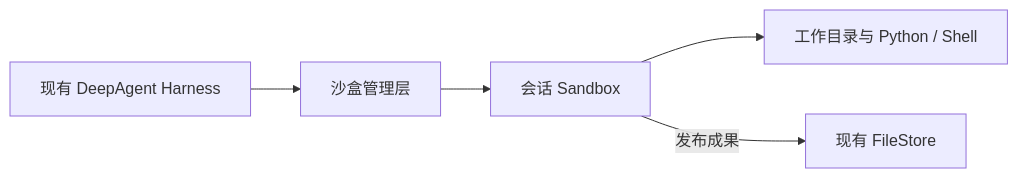
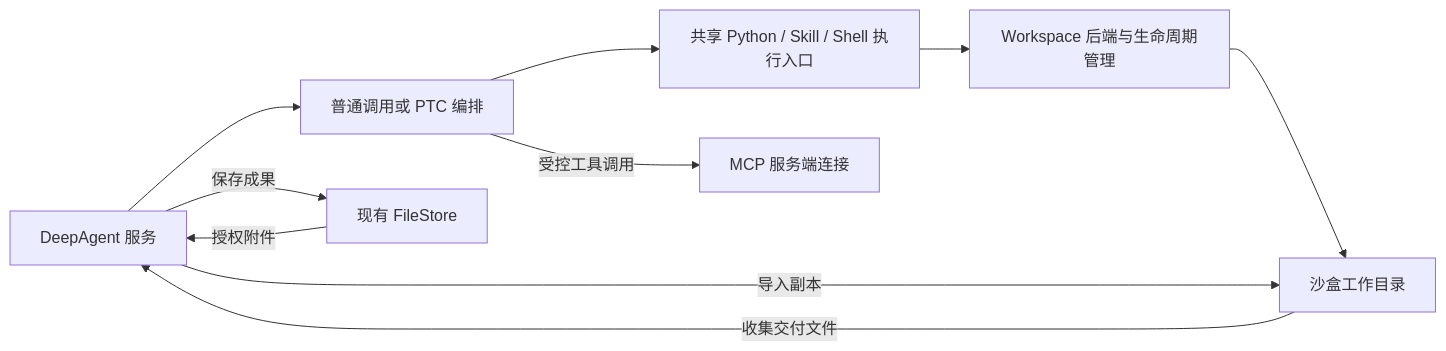
Before and after one commit to hxz1993/deep-agent: the diagram in docs/design/07-python-sandbox/session-sandbox-design.md, drawn with Mermaid. The commit also changed other lines of this file and 54 other files, not shown here.

````diff
--- a/docs/design/07-python-sandbox/session-sandbox-design.md
+++ b/docs/design/07-python-sandbox/session-sandbox-design.md
@@ -13,7 +13,12 @@
 ```mermaid
 flowchart LR
-    H[现有 DeepAgent Harness] --> M[沙盒管理层]
-    M --> S[会话 Sandbox]
-    S --> W[工作目录与 Python / Shell]
-    S -->|发布成果| F[现有 FileStore]
+    H[DeepAgent 服务] --> T[普通调用或 PTC 编排]
+    T --> E[共享 Python / Skill / Shell 执行入口]
+    E --> M[Workspace 后端与生命周期管理]
+    M --> W[沙盒工作目录]
+    T -->|受控工具调用| C[MCP 服务端连接]
+    F[现有 FileStore] -->|授权附件| H
+    H -->|导入副本| W
+    W -->|收集交付文件| H
+    H -->|保存成果| F
 ```
````
